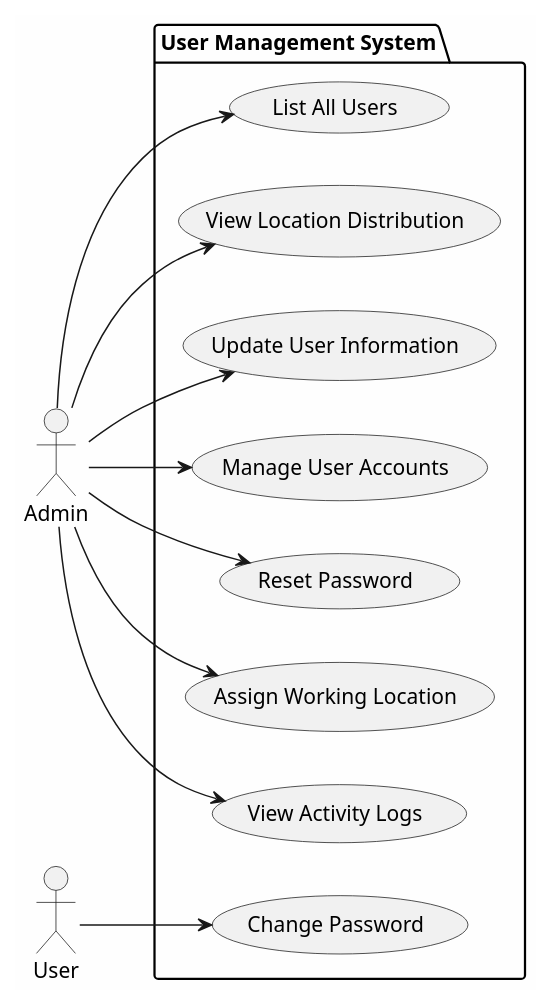
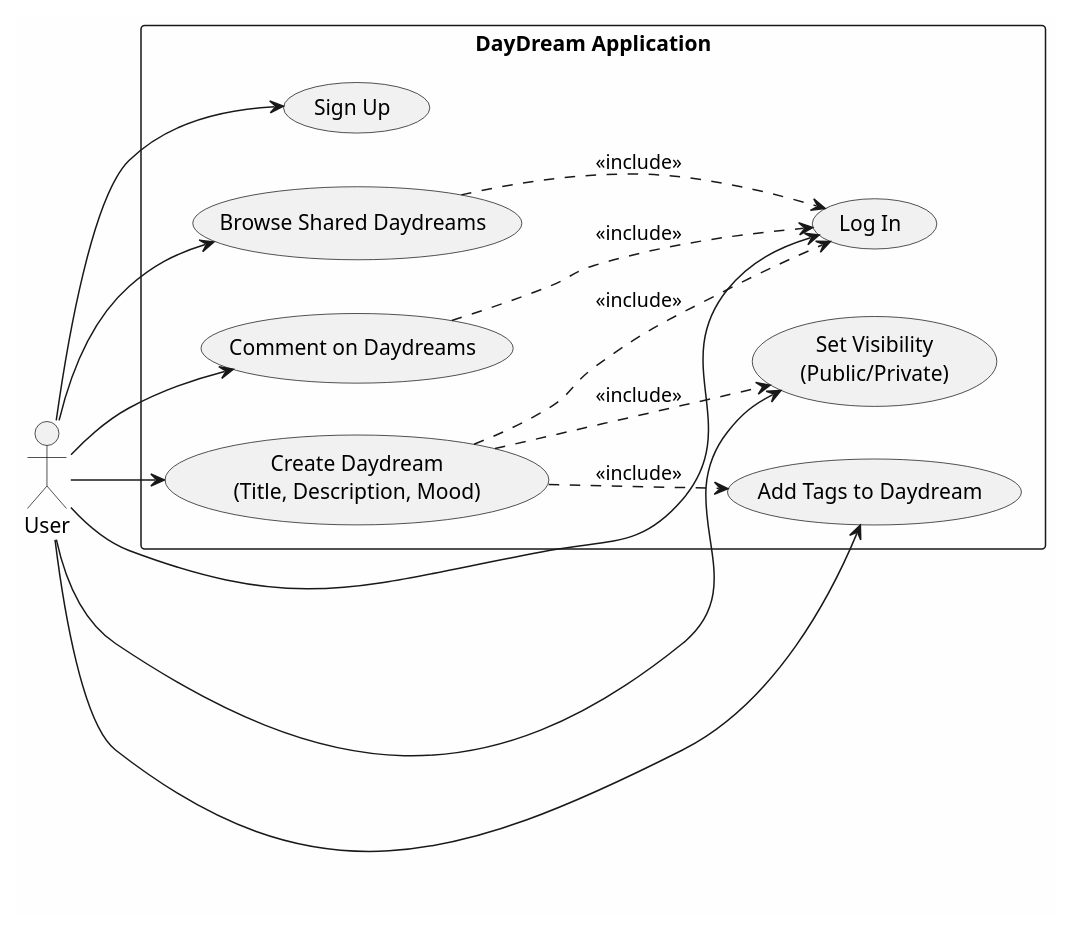
Before and after one commit to NikolaMatovic/DayDream: the diagram in doc/use-case.plantuml, drawn with PlantUML. The commit also changed 6 other files, not shown here.

```diff
--- a/doc/use-case.plantuml
+++ b/doc/use-case.plantuml
@@ -1,28 +1,32 @@
-@startuml User Management Use Cases
+@startuml DayDream Use Cases
 skinparam backgroundColor #FEFEFE
 left to right direction
 
-actor Admin
-actor User
 
-package "User Management System" {
-  usecase UC1 as "List All Users"
-  usecase UC2 as "View Location Distribution"
-  usecase UC3 as "Update User Information"
-  usecase UC4 as "Manage User Accounts"
-  usecase UC5 as "Reset Password"
-  usecase UC6 as "Assign Working Location"
-  usecase UC7 as "View Activity Logs"
-  usecase UC8 as "Change Password"
+actor "User" as RegisteredUser
+
+rectangle "DayDream Application" {
+  usecase UC1 as "Sign Up"
+  usecase UC2 as "Log In"
+  usecase UC3 as "Create Daydream\n(Title, Description, Mood)"
+  usecase UC4 as "Set Visibility\n(Public/Private)"
+  usecase UC5 as "Add Tags to Daydream"
+  usecase UC6 as "Browse Shared Daydreams"
+  usecase UC7 as "Comment on Daydreams"
 }
 
-Admin --> UC1
-Admin --> UC2
-Admin --> UC3
-Admin --> UC4
-Admin --> UC5
-Admin --> UC6
-Admin --> UC7
-User --> UC8
+RegisteredUser --> UC1
+RegisteredUser --> UC2
+RegisteredUser --> UC3
+RegisteredUser --> UC4
+RegisteredUser --> UC5
+RegisteredUser --> UC6
+RegisteredUser --> UC7
+
+UC3 ..> UC4 : <<include>>
+UC3 ..> UC5 : <<include>>
+UC7 ..> UC2 : <<include>>
+UC3 ..> UC2 : <<include>>
+UC6 ..> UC2 : <<include>>
 
 @enduml
```
